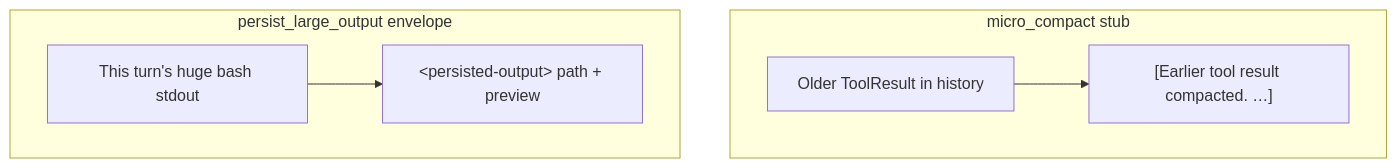
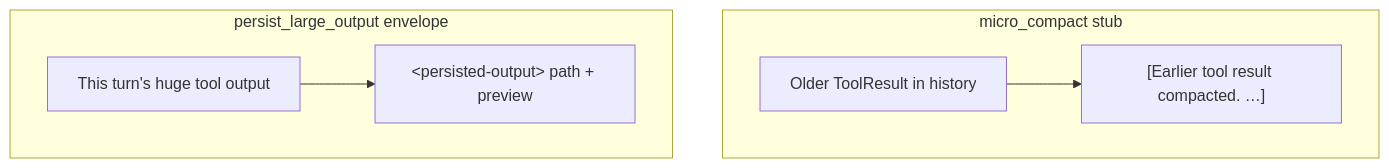
Before and after one commit to rust-infra/tact: diagram 13 of 15 in book/05_chapter_compact.md, drawn with Mermaid. The commit also changed other lines of this file and 5 other files, not shown here.

````diff
--- a/book/05_chapter_compact.md
+++ b/book/05_chapter_compact.md
@@ -514,14 +518,14 @@
 ```mermaid
 flowchart TB
     subgraph Micro["micro_compact stub"]
         M1[Older ToolResult in history]
         M2["[Earlier tool result compacted. …]"]
         M1 --> M2
     end
 
     subgraph Spill["persist_large_output envelope"]
-        S1[This turn's huge bash stdout]
+        S1[This turn's huge tool output]
         S2["&lt;persisted-output&gt; path + preview"]
         S1 --> S2
     end
 ```
````
